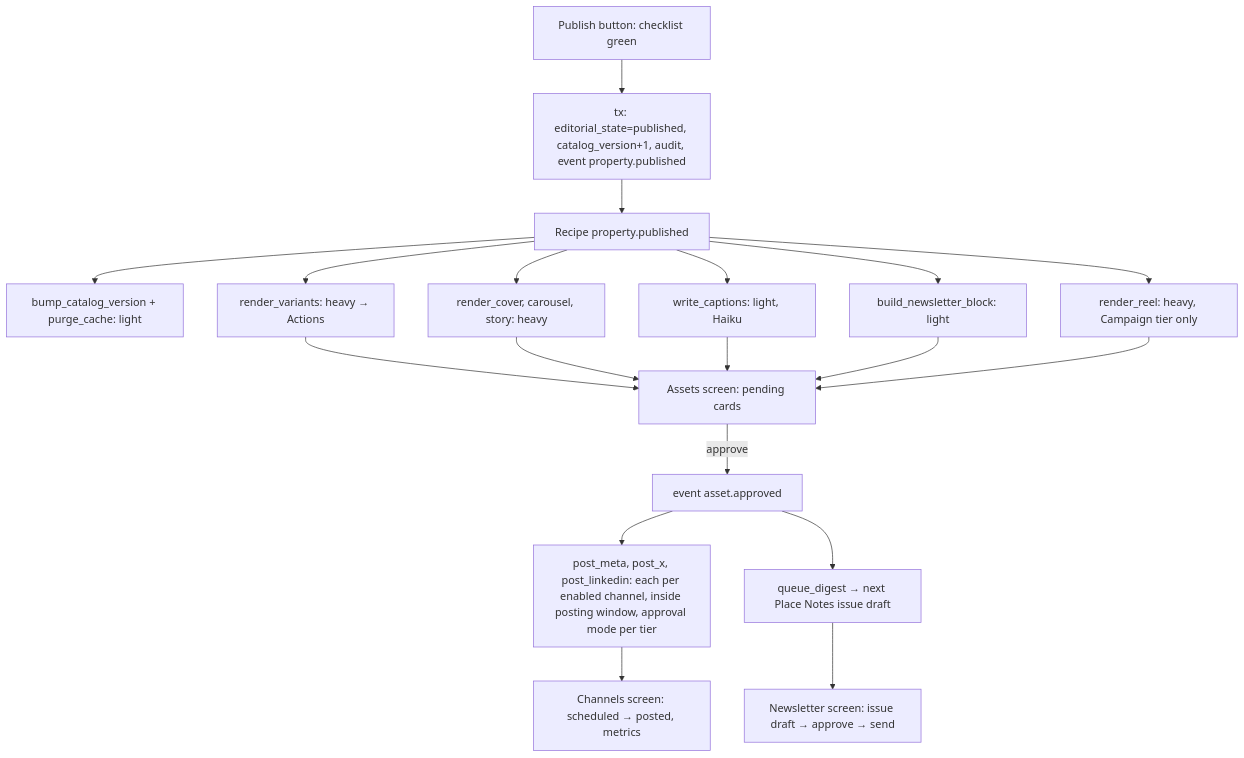
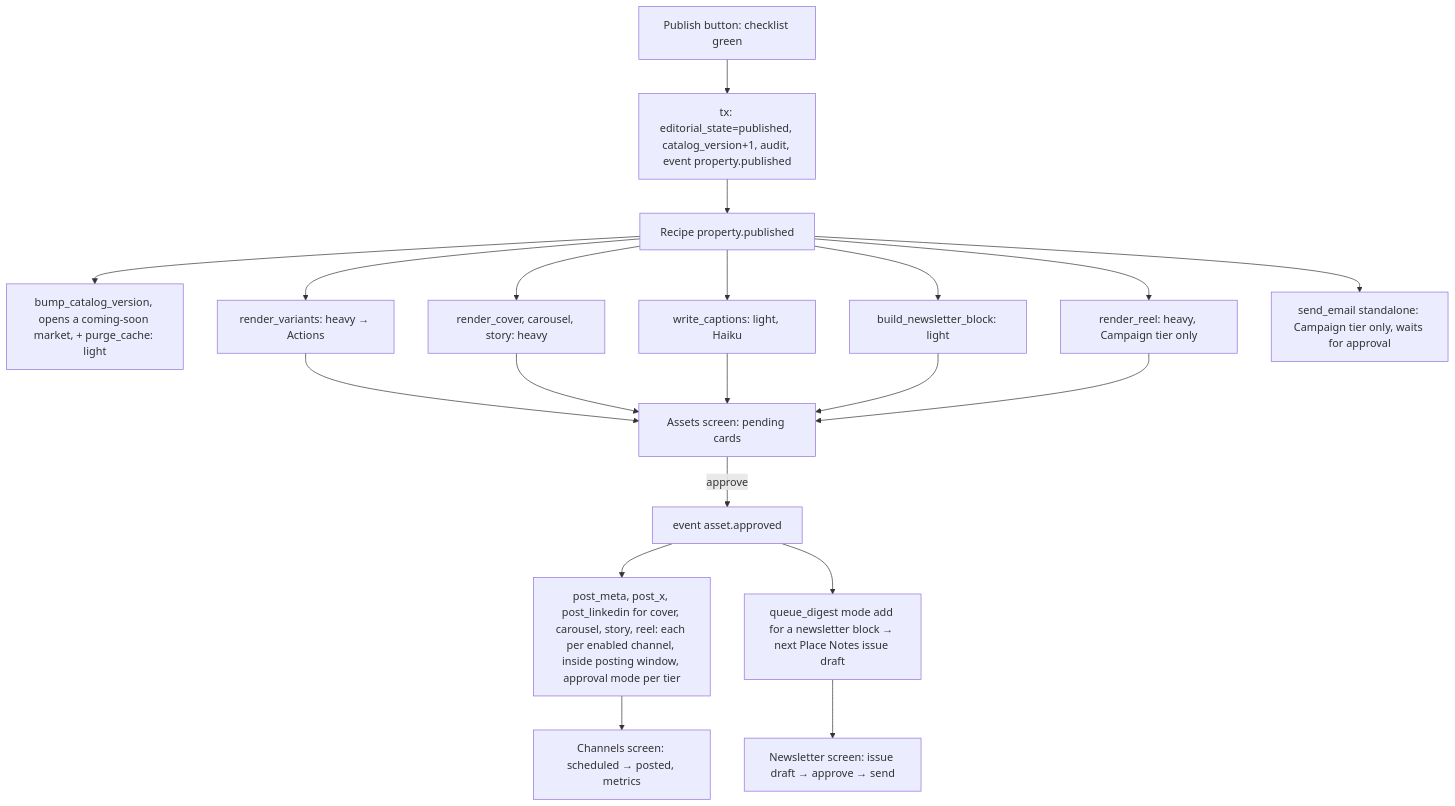
Before and after one commit to AbdulrahmanAmer/matter-of-place: the third of 3 diagrams in workspace/03-diagrams/admin-screens.md, drawn with Mermaid. The commit also changed other lines of this file and 104 other files, not shown here.

First line of the commit message:
Traceability audit rounds 5 and 6; diagrams brought in line with the plans; rulings G58 to G65

````diff
--- a/workspace/03-diagrams/admin-screens.md
+++ b/workspace/03-diagrams/admin-screens.md
@@ -77,17 +77,18 @@
 ```mermaid
 flowchart TB
   PUB[Publish button: checklist green] --> TX[tx: editorial_state=published, catalog_version+1, audit, event property.published]
   TX --> REC[Recipe property.published]
-  REC --> J1[bump_catalog_version + purge_cache: light]
+  REC --> J1[bump_catalog_version, opens a coming-soon market, + purge_cache: light]
   REC --> J2[render_variants: heavy → Actions]
   REC --> J3[render_cover, carousel, story: heavy]
   REC --> J4[write_captions: light, Haiku]
   REC --> J5[build_newsletter_block: light]
   REC --> J6[render_reel: heavy, Campaign tier only]
+  REC --> J7[send_email standalone: Campaign tier only, waits for approval]
   J2 & J3 & J4 & J5 & J6 --> AS[Assets screen: pending cards]
   AS -->|approve| EV2[event asset.approved]
-  EV2 --> PM[post_meta, post_x, post_linkedin: each per enabled channel, inside posting window, approval mode per tier]
-  EV2 --> QD[queue_digest → next Place Notes issue draft]
+  EV2 --> PM[post_meta, post_x, post_linkedin for cover, carousel, story, reel: each per enabled channel, inside posting window, approval mode per tier]
+  EV2 --> QD[queue_digest mode add for a newsletter block → next Place Notes issue draft]
   PM --> CH[Channels screen: scheduled → posted, metrics]
   QD --> NL[Newsletter screen: issue draft → approve → send]
 ```
````
